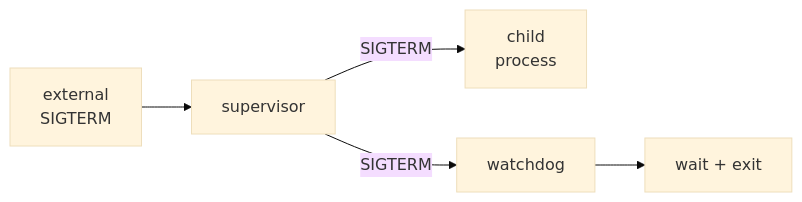
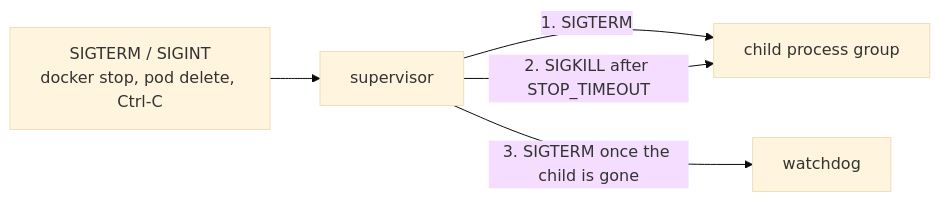
One commit to DimitriosDalaklidhs/process-supervisor changed the fourth of 4 diagrams in README.md. Above: the diagram before and after it, drawn with Mermaid (base theme). The commit also changed other lines of this file, not shown here.

````diff
--- a/README.md
+++ b/README.md
@@ -170,7 +205,7 @@
 ```mermaid
 flowchart LR
-    ext[external<br/>SIGTERM] --> sup[supervisor]
-    sup -->|SIGTERM| child[child<br/>process]
-    sup -->|SIGTERM| wd[watchdog]
-    wd --> done[wait + exit]
+    ext["SIGTERM / SIGINT<br/>docker stop, pod delete, Ctrl-C"] --> sup[supervisor]
+    sup -->|"1. SIGTERM"| child[child process group]
+    sup -->|"2. SIGKILL after STOP_TIMEOUT"| child
+    sup -->|"3. SIGTERM once the child is gone"| wd[watchdog]
 ```
````
